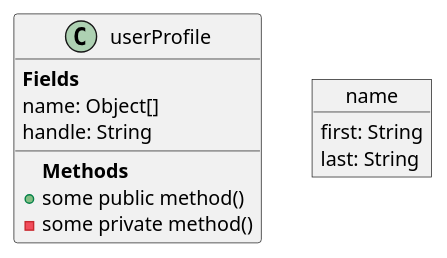
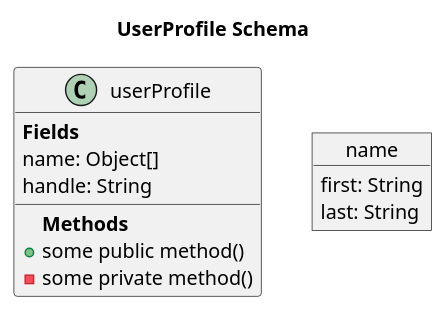
One commit to TwoFistedJustice/manifold changed the diagram in src/app/odm/uml/userProfile.puml. Above: the diagram before and after it, drawn with PlantUML. The commit also changed 6 other files, not shown here.

Commit message:
Added titles to schema diagrams

```diff
--- a/src/app/odm/uml/userProfile.puml
+++ b/src/app/odm/uml/userProfile.puml
@@ -1,18 +1,18 @@
 @startuml
-
+title  UserProfile Schema
 class userProfile {
 {field} <b>Fields</b>
 name: Object[]
 handle: String
 
 {method}<b>Methods</b>
 +some public method()
 -some private method()
 }
 
 object name {
 first: String
 last: String
 }
 
 @enduml
```
